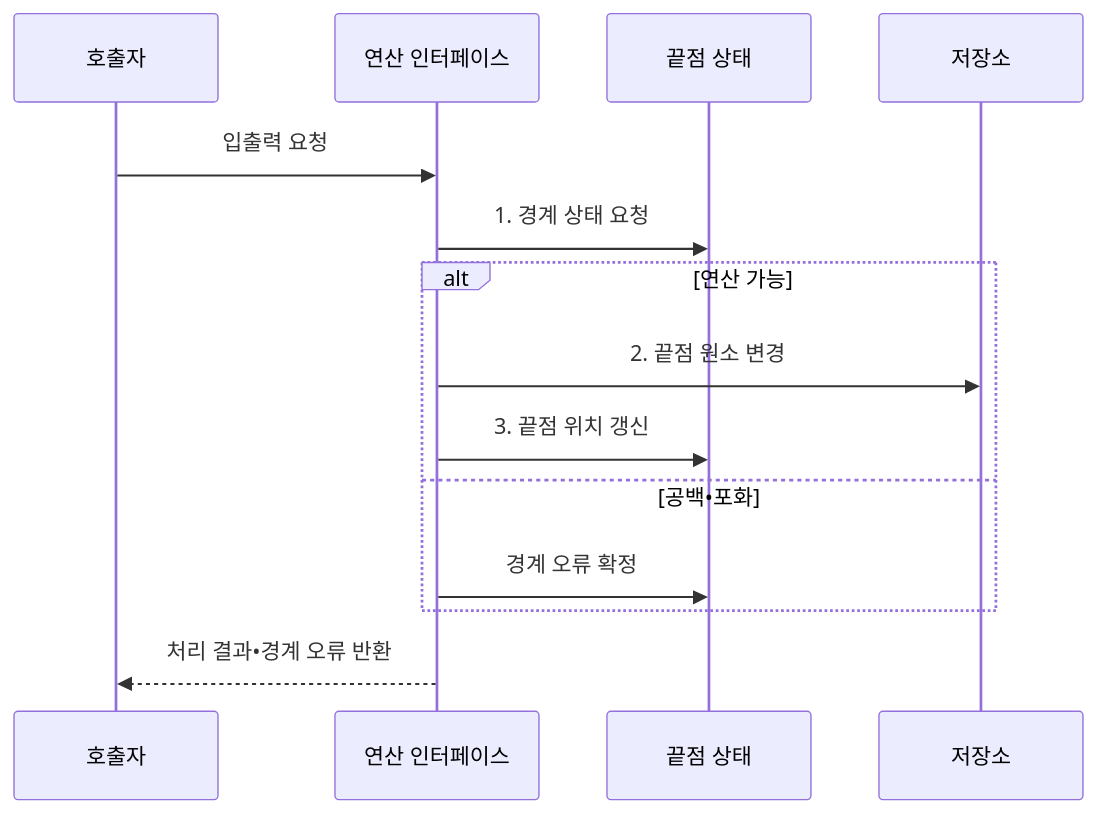
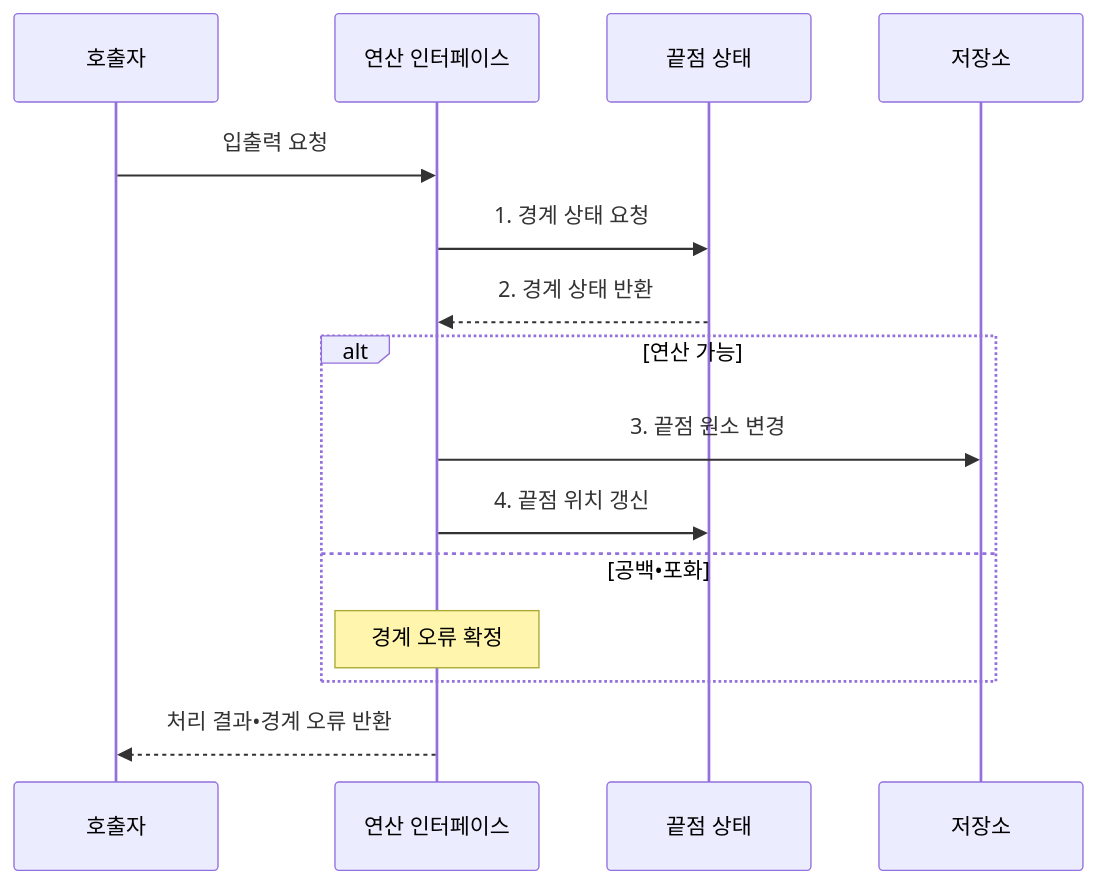
The second of 2 diagrams in src/content/docs/notes/01-basic-theory/007_stack_queue_deque.md (agnusdei1207/knowledge-base), drawn with Mermaid before and after one commit. The commit also changed other lines of this file and 19 other files, not shown here.

````diff
--- a/src/content/docs/notes/01-basic-theory/007_stack_queue_deque.md
+++ b/src/content/docs/notes/01-basic-theory/007_stack_queue_deque.md
@@ -76,16 +76,17 @@
 ```mermaid
 sequenceDiagram
     participant Q as 호출자
     participant I as 연산 인터페이스
     participant E as 끝점 상태
     participant S as 저장소
     Q->>I: 입출력 요청
     I->>E: 1. 경계 상태 요청
+    E-->>I: 2. 경계 상태 반환
     alt 연산 가능
-        I->>S: 2. 끝점 원소 변경
-        I->>E: 3. 끝점 위치 갱신
+        I->>S: 3. 끝점 원소 변경
+        I->>E: 4. 끝점 위치 갱신
     else 공백•포화
-        I->>E: 경계 오류 확정
+        Note over I: 경계 오류 확정
     end
     I-->>Q: 처리 결과•경계 오류 반환
 ```
````
